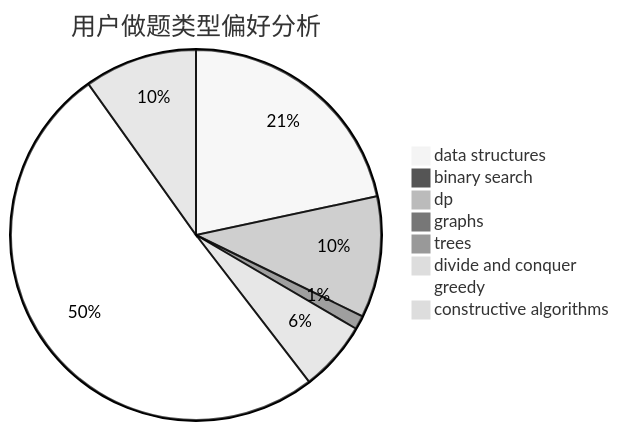
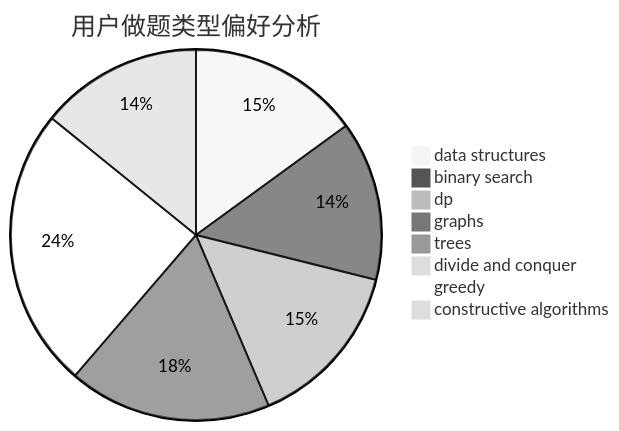
One commit to sherpahu/cfrs.github.io changed the second of 3 diagrams in docs/user/u2232.md. Above: the diagram before and after it, drawn with Mermaid (neutral theme). The commit also changed other lines of this file and 2770 other files, not shown here.

````diff
--- a/docs/user/u2232.md
+++ b/docs/user/u2232.md
@@ -23,11 +23,11 @@
 ```mermaid
 pie title 用户做题类型偏好分析
-    "data structures" :  145
-    "binary search" :  5
-    "dp" :  71
-    "graphs" :  8
-    "trees" :  6
-    "divide and conquer" :  41
-    "greedy" :  339
-    "constructive algorithms" :  66
+    "data structures" :  55
+    "binary search" :  51
+    "dp" :  54
+    "graphs" :  65
+    "trees" :  1
+    "divide and conquer" :  1
+    "greedy" :  90
+    "constructive algorithms" :  52
 ```
````
